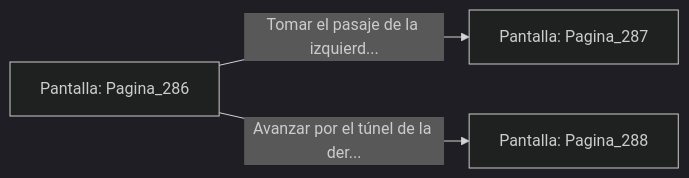
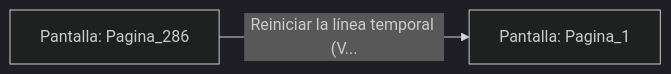
Before and after one commit to metsuke/mpl: the diagram in sample/eligejuego-vault/Pantalla_Pagina_286.md, drawn with Mermaid (dark theme). The commit also changed other lines of this file and 635 other files, not shown here.

First line of the commit message:
fix: añadir Pagina_1 como pantalla inicial en capitulo_01.mpl

````diff
--- a/sample/eligejuego-vault/Pantalla_Pagina_286.md
+++ b/sample/eligejuego-vault/Pantalla_Pagina_286.md
@@ -20,6 +17,5 @@
 ```mermaid
 graph LR
     P_Pagina_286["Pantalla: Pagina_286"]
-    P_Pagina_286 -->|"Tomar el pasaje de la izquierd..."| P_Pagina_287["Pantalla: Pagina_287"]
-    P_Pagina_286 -->|"Avanzar por el túnel de la der..."| P_Pagina_288["Pantalla: Pagina_288"]
+    P_Pagina_286 -->|"Reiniciar la línea temporal (V..."| P_Pagina_1["Pantalla: Pagina_1"]
 ```
````
